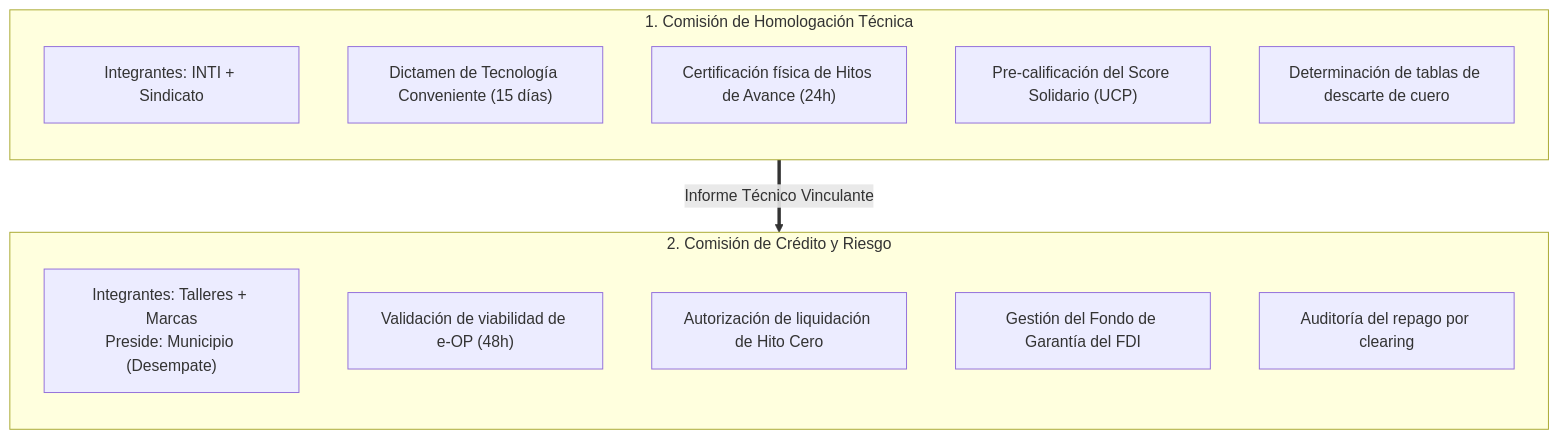
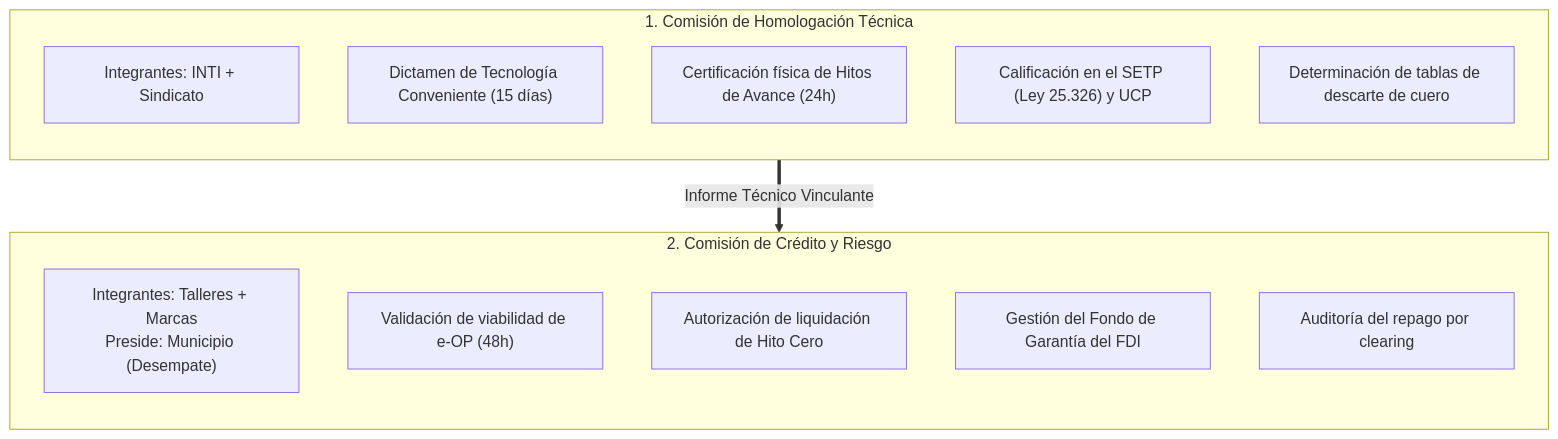
Before and after one commit to sarthouse/indinopy: the third of 6 diagrams in docs/md/arquitectura_mes_gobernanza.md, drawn with Mermaid. The commit also changed other lines of this file and 24 other files, not shown here.

````diff
--- a/docs/md/arquitectura_mes_gobernanza.md
+++ b/docs/md/arquitectura_mes_gobernanza.md
@@ -98,22 +98,22 @@
 ```mermaid
 flowchart TD
     subgraph COM_TEC["1. Comisión de Homologación Técnica"]
         direction TB
         CT_M["Integrantes: INTI + Sindicato"]
         CT_1["Dictamen de Tecnología Conveniente (15 días)"]
         CT_2["Certificación física de Hitos de Avance (24h)"]
-        CT_3["Pre-calificación del Score Solidario (UCP)"]
+        CT_3["Calificación en el SETP (Ley 25.326) y UCP"]
         CT_4["Determinación de tablas de descarte de cuero"]
     end
 
     subgraph COM_CRE["2. Comisión de Crédito y Riesgo"]
         direction TB
         CR_M["Integrantes: Talleres + Marcas<br/>Preside: Municipio (Desempate)"]
         CR_1["Validación de viabilidad de e-OP (48h)"]
         CR_2["Autorización de liquidación de Hito Cero"]
         CR_3["Gestión del Fondo de Garantía del FDI"]
         CR_4["Auditoría del repago por clearing"]
     end
 
     COM_TEC ==>|Informe Técnico Vinculante| COM_CRE
 ```
````
